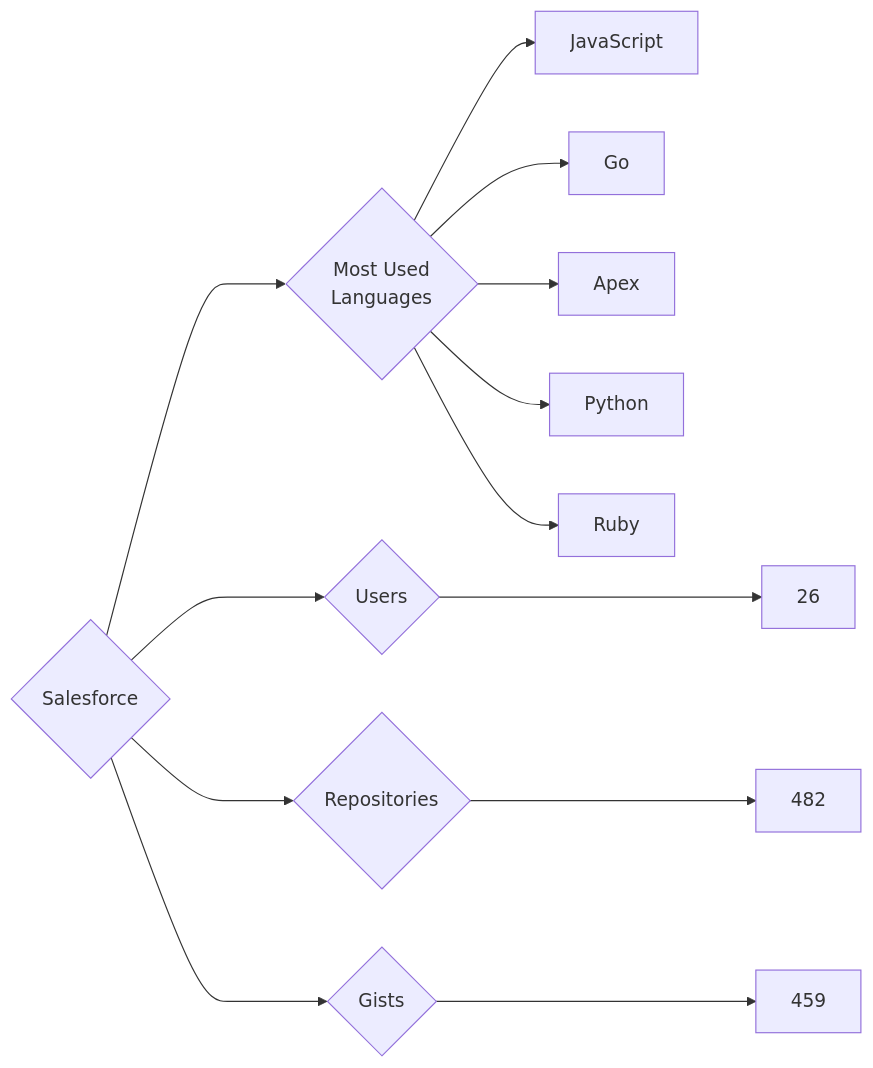
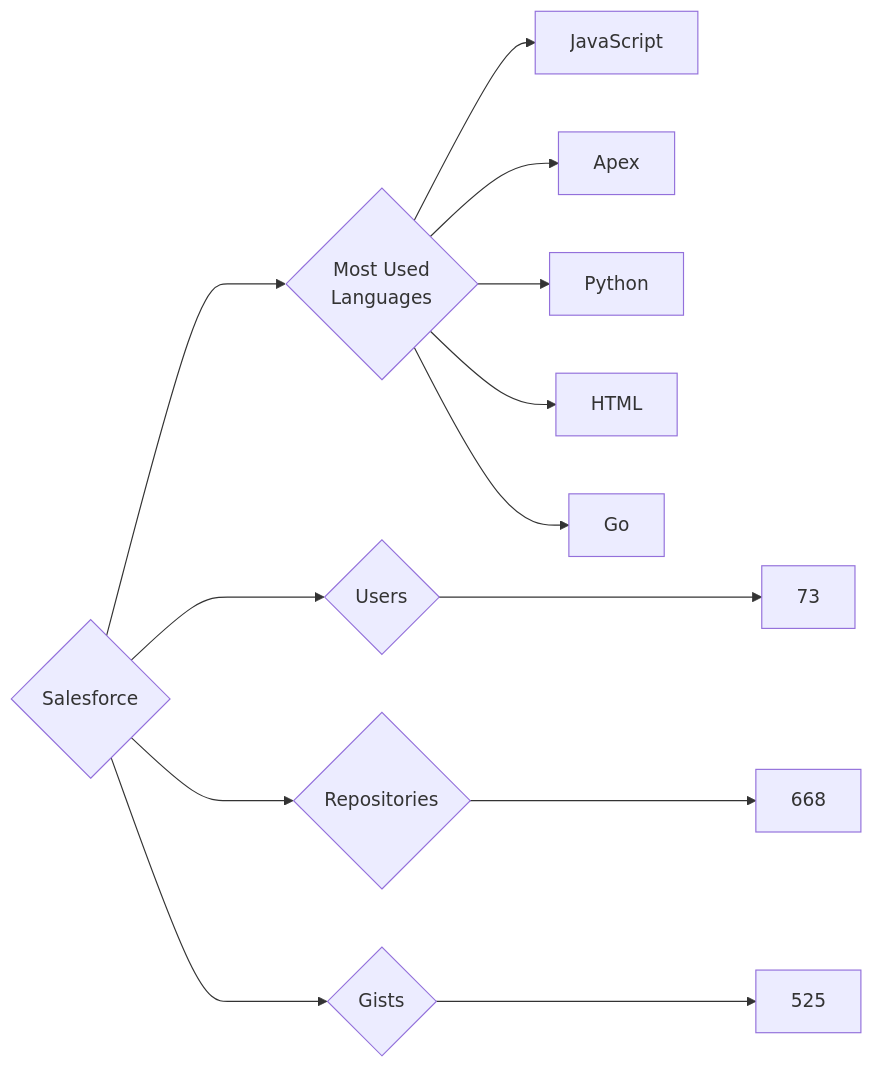
One commit to trickest/insiders changed the diagram in targets/Salesforce/README.md. Above: the diagram before and after it, drawn with Mermaid. The commit also changed 995 other files, not shown here.

````diff
--- a/targets/Salesforce/README.md
+++ b/targets/Salesforce/README.md
@@ -3,13 +3,13 @@
 ```mermaid
 graph LR
 COMPANY_NAME{Salesforce}
-COMPANY_NAME ---> U{Users} ---> UN[26]
-COMPANY_NAME ---> R{Repositories} ---> RN[482]
-COMPANY_NAME ---> G{Gists} ---> GN[459]
+COMPANY_NAME ---> U{Users} ---> UN[73]
+COMPANY_NAME ---> R{Repositories} ---> RN[668]
+COMPANY_NAME ---> G{Gists} ---> GN[525]
 COMPANY_NAME ---> ML{Most Used<br>Languages}
 ML --> JavaScript[JavaScript]
-ML --> Go[Go]
 ML --> Apex[Apex]
 ML --> Python[Python]
-ML --> Ruby[Ruby]
+ML --> HTML[HTML]
+ML --> Go[Go]
 ```
````
